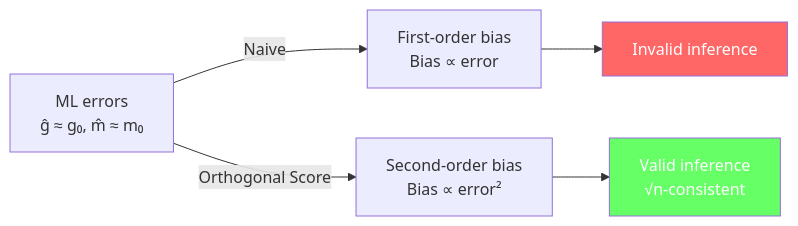
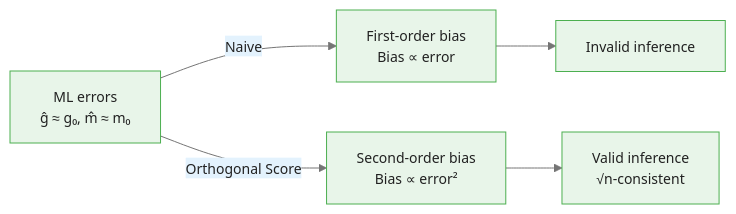
Before and after one commit to m-deane/course-creator: the second of 2 diagrams in courses/double-machine-learning/modules/module_03_neyman_orthogonal_scores/guides/01_neyman_orthogonal_scores_slides.md, drawn with Mermaid. The commit also changed other lines of this file and 40 other files, not shown here.

````diff
--- a/courses/double-machine-learning/modules/module_03_neyman_orthogonal_scores/guides/01_neyman_orthogonal_scores_slides.md
+++ b/courses/double-machine-learning/modules/module_03_neyman_orthogonal_scores/guides/01_neyman_orthogonal_scores_slides.md
@@ -209,9 +220,8 @@
 ```mermaid
+%%{init: {"theme": "base", "themeVariables": {"primaryColor": "#e8f5e9", "primaryBorderColor": "#4caf50", "primaryTextColor": "#212121", "secondaryColor": "#e3f2fd", "tertiaryColor": "#fff8e1", "lineColor": "#757575", "fontFamily": "Inter, sans-serif", "fontSize": "14px"}}}%%
 flowchart LR
     ML["ML errors<br/>ĝ ≈ g₀, m̂ ≈ m₀"] -->|"Naive"| First["First-order bias<br/>Bias ∝ error"]
     ML -->|"Orthogonal Score"| Second["Second-order bias<br/>Bias ∝ error²"]
     First --> Invalid["Invalid inference"]
     Second --> Valid["Valid inference<br/>√n-consistent"]
-    style Invalid fill:#f66,color:#fff
-    style Valid fill:#6f6,color:#fff
 ```
````
